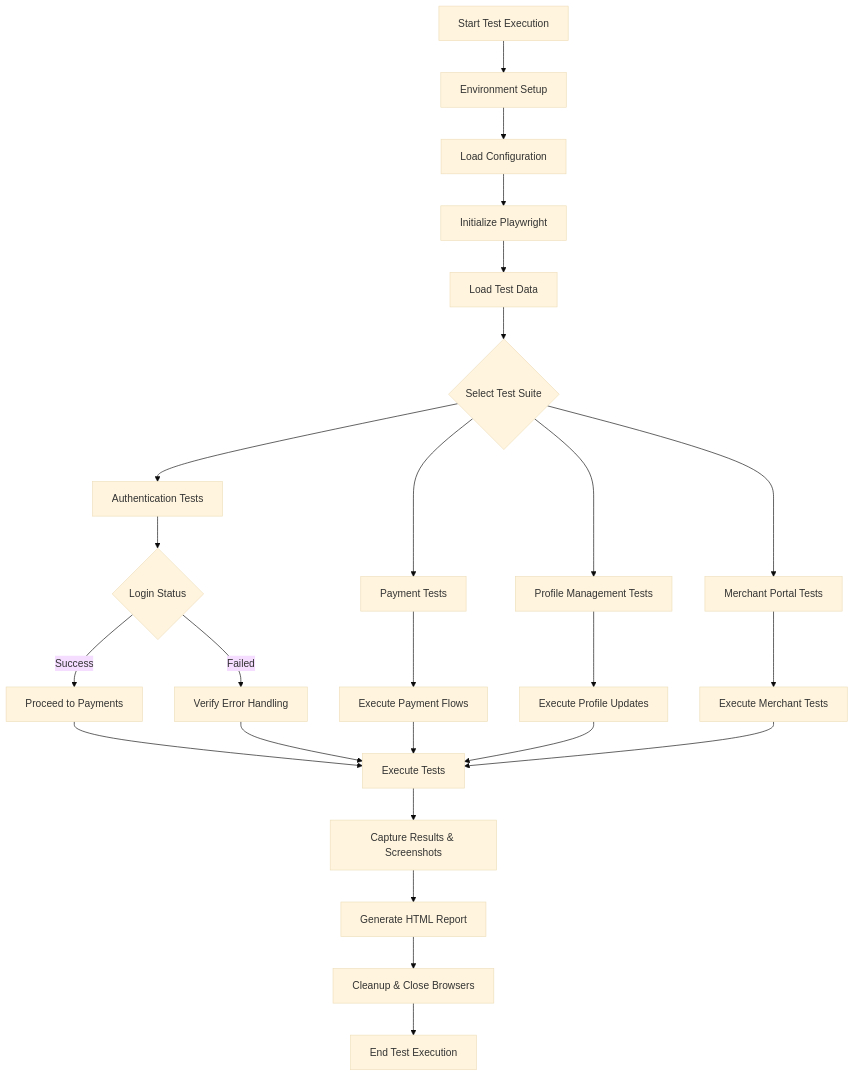
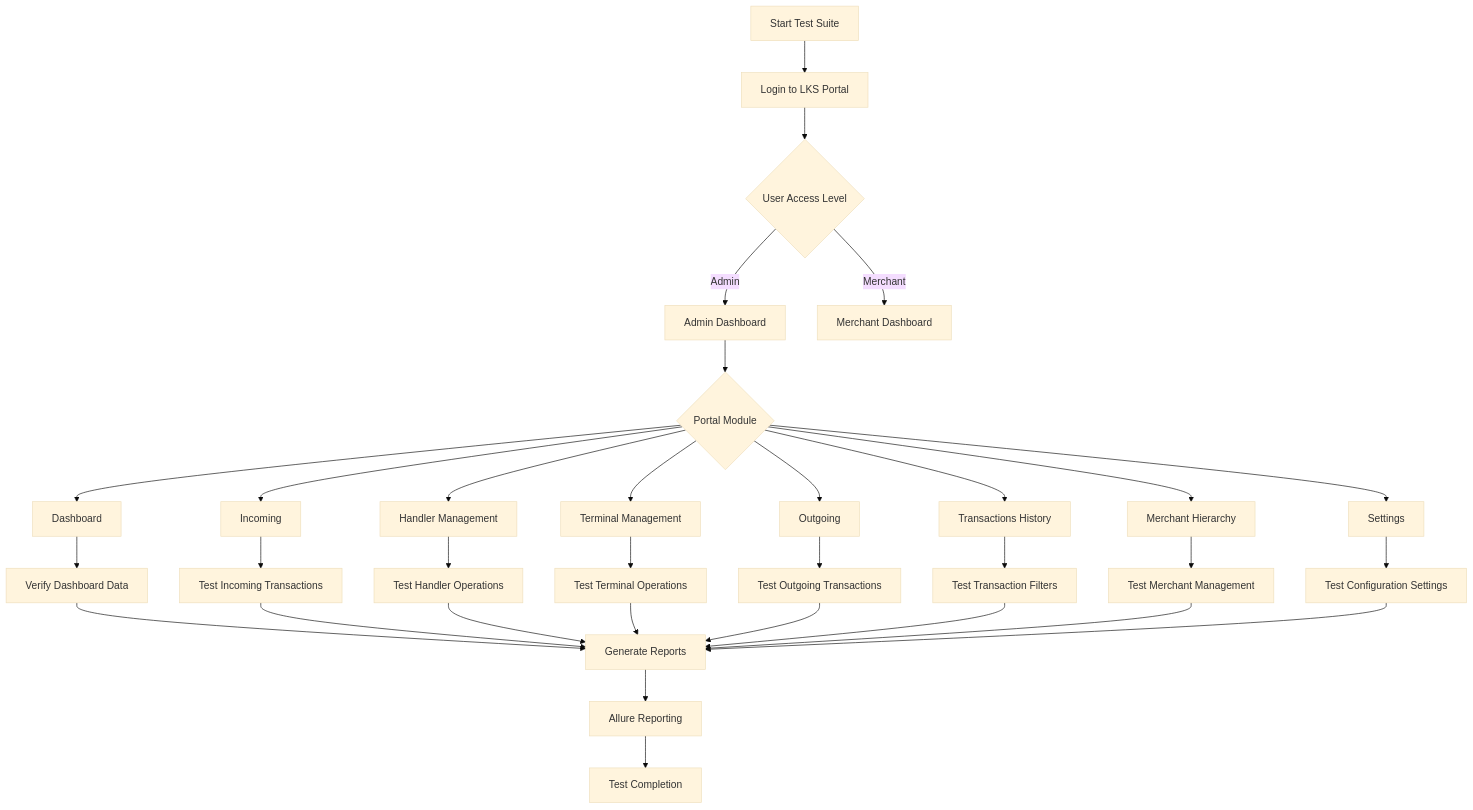
One commit to rabbiyamehmood/LKS_AXIAN_AUTOMATION changed the first of 13 diagrams in FLOW_DIAGRAM.md. Above: the diagram before and after it, drawn with Mermaid (base theme). The commit also changed other lines of this file, not shown here.

Commit message:
Update flow diagrams to match LKS portal structure (Admin Dashboard, Handlers, Terminals, Transactions)

````diff
--- a/FLOW_DIAGRAM.md
+++ b/FLOW_DIAGRAM.md
@@ -5,32 +5,40 @@
 ```mermaid
 flowchart TD
-    A[Start Test Execution] --> B[Environment Setup]
-    B --> C[Load Configuration]
-    C --> D[Initialize Playwright]
-    D --> E[Load Test Data]
-    E --> F{Select Test Suite}
+    A[Start Test Suite] --> B[Login to LKS Portal]
+    B --> C{User Access Level}
     
-    F --> G[Authentication Tests]
-    F --> H[Payment Tests]
-    F --> I[Profile Management Tests]
-    F --> J[Merchant Portal Tests]
+    C -->|Admin| D[Admin Dashboard]
+    C -->|Merchant| E[Merchant Dashboard]
     
-    G --> K{Login Status}
-    K -->|Success| K1[Proceed to Payments]
-    K -->|Failed| K2[Verify Error Handling]
+    D --> F{Portal Module}
     
-    H --> L[Execute Payment Flows]
-    I --> M[Execute Profile Updates]
-    J --> N[Execute Merchant Tests]
+    F --> G[Dashboard]
+    F --> H[Incoming]
+    F --> I[Handler Management]
+    F --> J[Terminal Management]
+    F --> K[Outgoing]
+    F --> L[Transactions History]
+    F --> M[Merchant Hierarchy]
+    F --> N[Settings]
     
-    K1 --> O[Execute Tests]
-    K2 --> O
-    L --> O
-    M --> O
-    N --> O
+    G --> O[Verify Dashboard Data]
+    H --> P[Test Incoming Transactions]
+    I --> Q[Test Handler Operations]
+    J --> R[Test Terminal Operations]
+    K --> S[Test Outgoing Transactions]
+    L --> T[Test Transaction Filters]
+    M --> U[Test Merchant Management]
+    N --> V[Test Configuration Settings]
     
-    O --> P[Capture Results & Screenshots]
-    P --> Q[Generate HTML Report]
-    Q --> R[Cleanup & Close Browsers]
-    R --> S[End Test Execution]
+    O --> W[Generate Reports]
+    P --> W
+    Q --> W
+    R --> W
+    S --> W
+    T --> W
+    U --> W
+    V --> W
+    
+    W --> X[Allure Reporting]
+    X --> Y[Test Completion]
 ```
````
